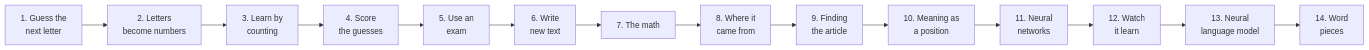
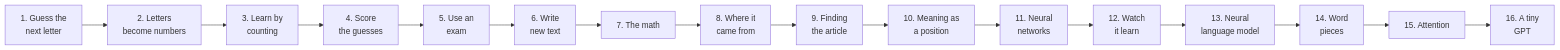
One commit to Falconiere/agavus changed the diagram in learning/README.md. Above: the diagram before and after it, drawn with Mermaid. The commit also changed other lines of this file and 9 other files, not shown here.

First line of the commit message:
feat(lab): add tiny GPT with attention lessons

````diff
--- a/learning/README.md
+++ b/learning/README.md
@@ -6,16 +6,18 @@
 ```mermaid
 flowchart LR
   A["1. Guess the<br/>next letter"] --> B["2. Letters<br/>become numbers"]
   B --> C["3. Learn by<br/>counting"]
   C --> D["4. Score<br/>the guesses"]
   D --> E["5. Use an<br/>exam"]
   E --> F["6. Write<br/>new text"]
   F --> G["7. The math"]
   G --> H["8. Where it<br/>came from"]
   H --> I["9. Finding<br/>the article"]
   I --> J["10. Meaning as<br/>a position"]
   J --> K["11. Neural<br/>networks"]
   K --> L["12. Watch<br/>it learn"]
   L --> M["13. Neural<br/>language model"]
   M --> N["14. Word<br/>pieces"]
+  N --> O["15. Attention"]
+  O --> P["16. A tiny<br/>GPT"]
 ```
````
